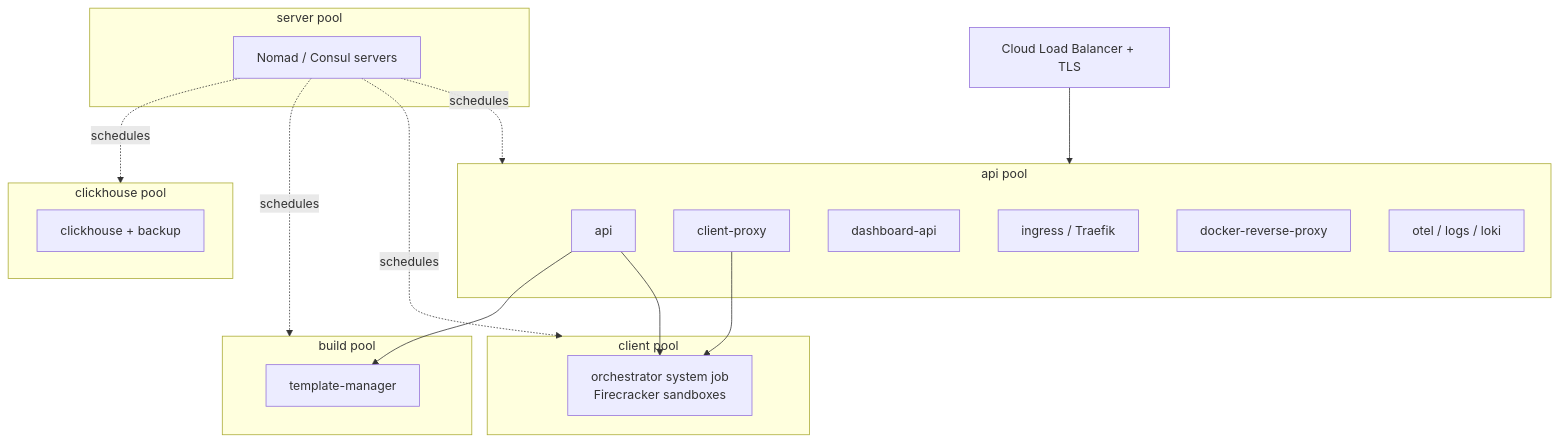
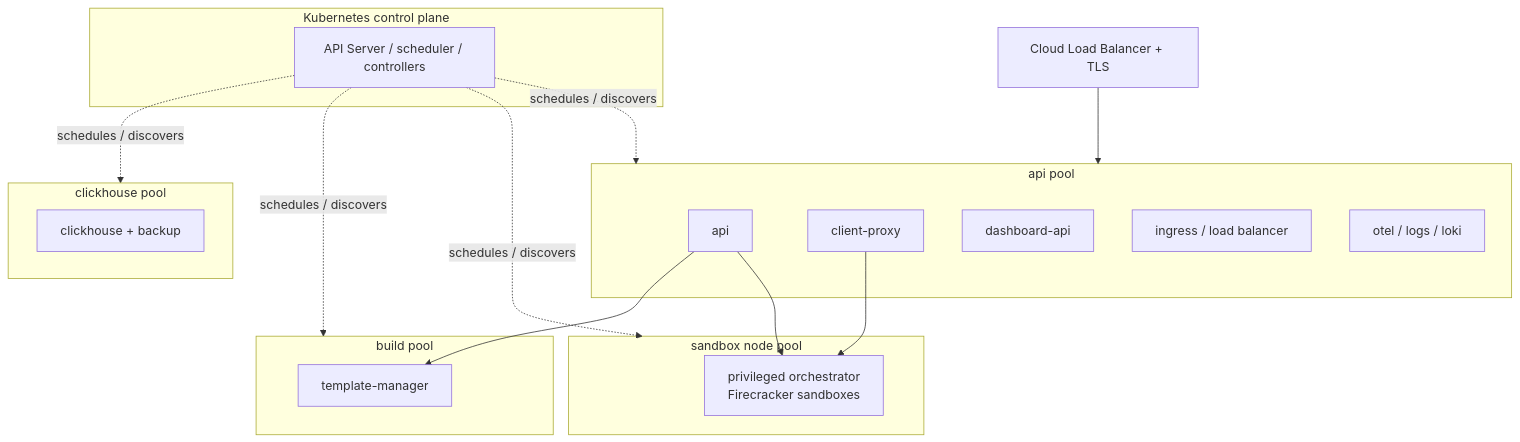
The second of 8 diagrams in E2B-Deep-Dive.md (kebyn/AI-Infrastructure), drawn with Mermaid before and after one commit. The commit also changed other lines of this file and 2 other files, not shown here.

Commit message:
docs: refresh sandbox access and collaboration baselines

````diff
--- a/E2B-Deep-Dive.md
+++ b/E2B-Deep-Dive.md
@@ -139,38 +140,37 @@
 ```mermaid
 flowchart TB
     LB["Cloud Load Balancer + TLS"]
 
-    subgraph ServerPool["server pool"]
-        NS["Nomad / Consul servers"]
+    subgraph ControlPlane["Kubernetes control plane"]
+        K8S["API Server / scheduler / controllers"]
     end
 
     subgraph ApiPool["api pool"]
         APIJ["api"]
         CPJ["client-proxy"]
         DASHJ["dashboard-api"]
-        ING["ingress / Traefik"]
-        DRPJ["docker-reverse-proxy"]
+        ING["ingress / load balancer"]
         OTel["otel / logs / loki"]
     end
 
-    subgraph ClientPool["client pool"]
-        OJ["orchestrator system job<br/>Firecracker sandboxes"]
+    subgraph ClientPool["sandbox node pool"]
+        OJ["privileged orchestrator<br/>Firecracker sandboxes"]
     end
 
     subgraph BuildPool["build pool"]
         TJ["template-manager"]
     end
 
     subgraph ClickHousePool["clickhouse pool"]
         CJ["clickhouse + backup"]
     end
 
     LB --> ApiPool
     APIJ --> OJ
     APIJ --> TJ
     CPJ --> OJ
-    NS -. schedules .-> ApiPool
-    NS -. schedules .-> ClientPool
-    NS -. schedules .-> BuildPool
-    NS -. schedules .-> ClickHousePool
+    K8S -. schedules / discovers .-> ApiPool
+    K8S -. schedules / discovers .-> ClientPool
+    K8S -. schedules / discovers .-> BuildPool
+    K8S -. schedules / discovers .-> ClickHousePool
 ```
````
